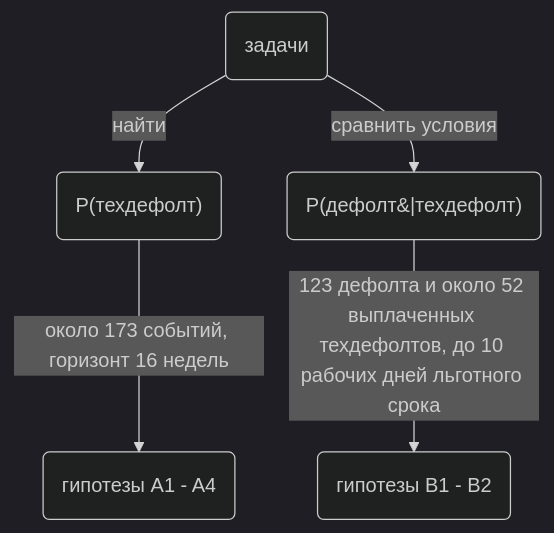
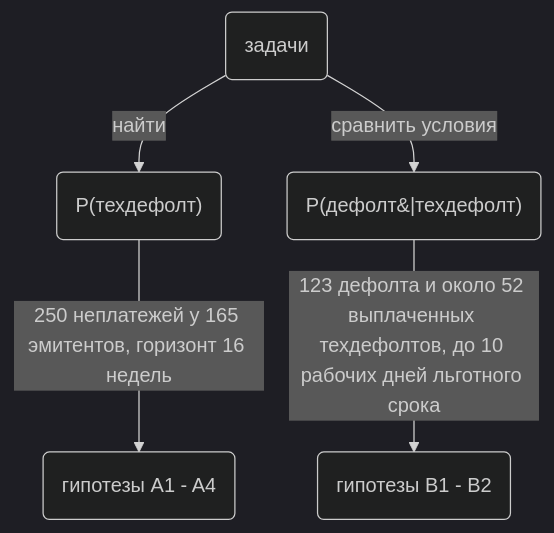
The second of 2 diagrams in research/README.md (alferova-tv/Jessica-invest-assistant), drawn with Mermaid (dark theme) before and after one commit. The commit also changed other lines of this file and 59 other files, not shown here.

````diff
--- a/research/README.md
+++ b/research/README.md
@@ -61,8 +61,8 @@
 ```mermaid
 graph TD
     A(задачи)
     A -->|найти| B("P(техдефолт)")
     A -->|сравнить условия| C("P(дефолт&#124;техдефолт)")
-    B -->|около 173 событий, горизонт 16 недель| D(гипотезы A1 - A4)
+    B -->|250 неплатежей у 165 эмитентов, горизонт 16 недель| D(гипотезы A1 - A4)
     C -->|123 дефолта и около 52 выплаченных техдефолтов, до 10 рабочих дней льготного срока| E(гипотезы B1 - B2)
 ```
````
